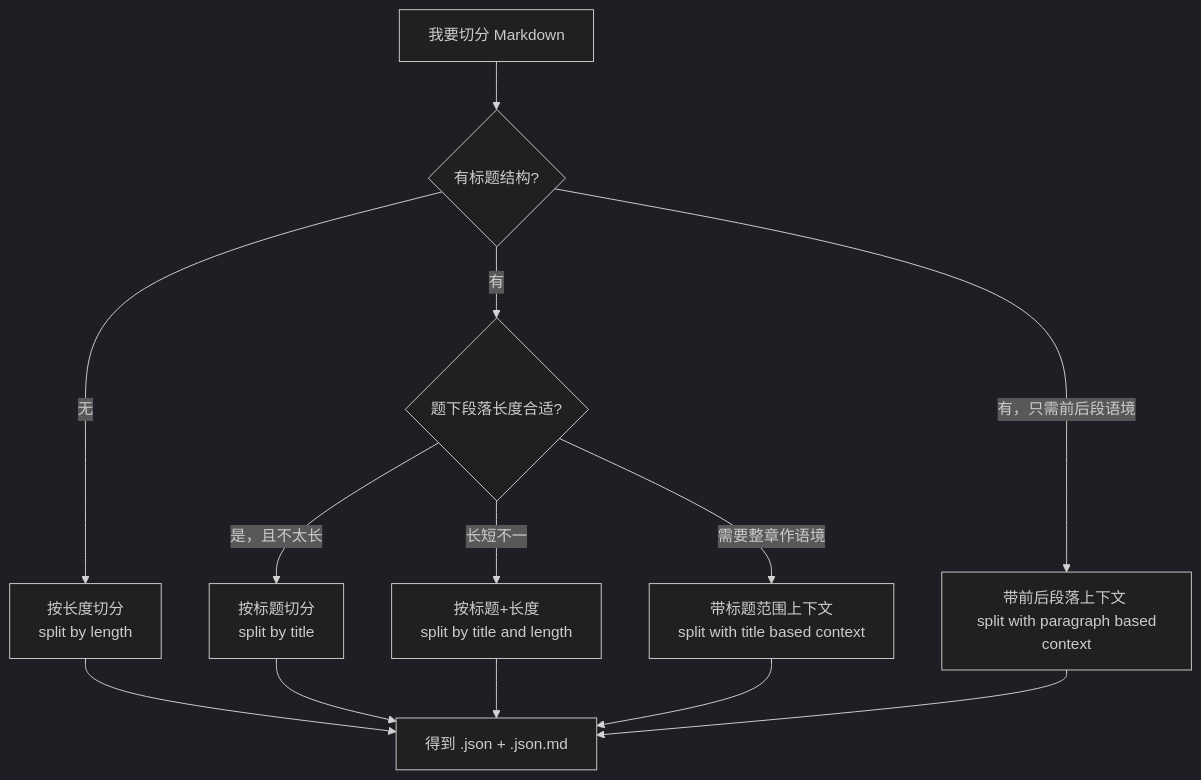
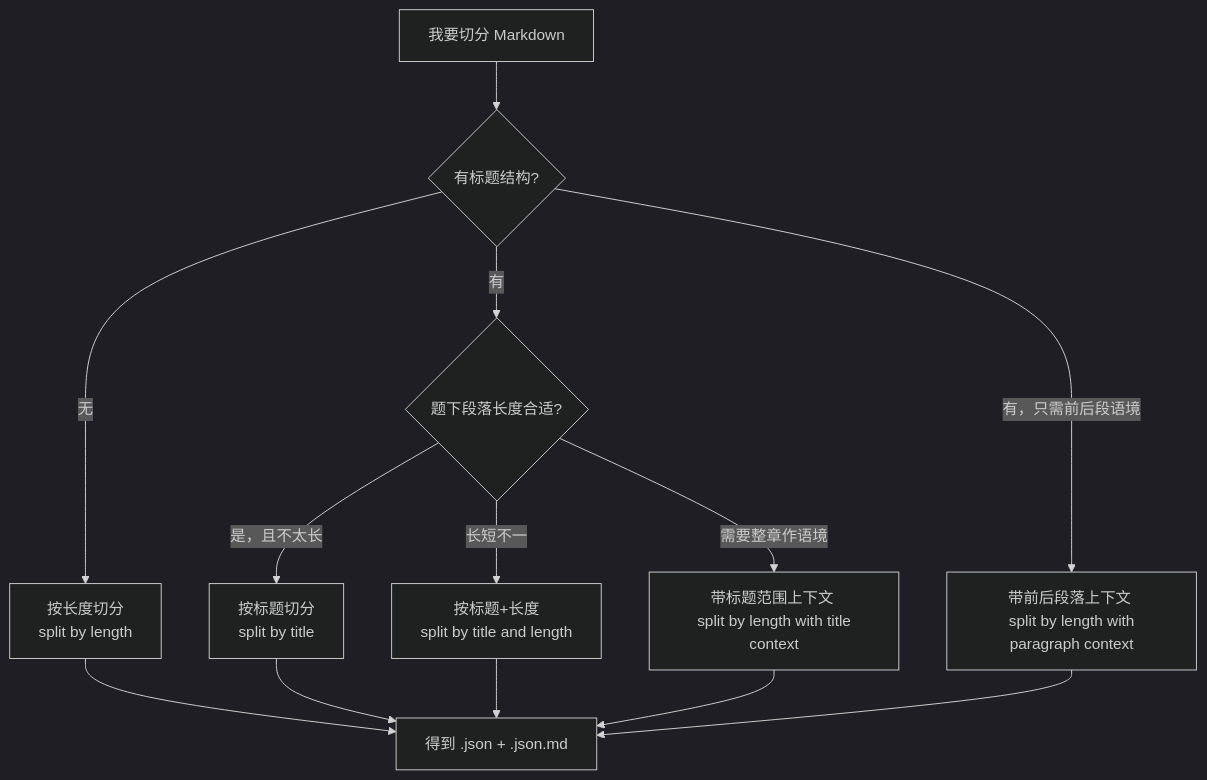
One commit to Fusyong/ai-proofread-vscode-extension changed the third of 5 diagrams in docs/commands-cheatsheet.md. Above: the diagram before and after it, drawn with Mermaid (dark theme). The commit also changed other lines of this file and 1 other file, not shown here.

````diff
--- a/docs/commands-cheatsheet.md
+++ b/docs/commands-cheatsheet.md
@@ -119,16 +119,16 @@
 ```mermaid
 flowchart TD
     Start[我要切分 Markdown] --> Q1{有标题结构?}
     Q1 -->|无| ByLen[按长度切分 <br> split by length]
     Q1 -->|有| Q2{题下段落长度合适?}
     Q2 -->|是，且不太长| ByTitle[按标题切分 <br> split by title]
     Q2 -->|长短不一| ByTitleLen[按标题+长度 <br> split by title and length]
-    Q2 -->|需要整章作语境| WithTitleCtx[带标题范围上下文 <br> split with title based context]
-    Q1 -->|有，只需前后段语境| WithParaCtx[带前后段落上下文 <br> split with paragraph based context]
+    Q2 -->|需要整章作语境| WithTitleCtx[带标题范围上下文 <br> split by length with title context]
+    Q1 -->|有，只需前后段语境| WithParaCtx[带前后段落上下文 <br> split by length with paragraph context]
 
     ByLen --> Out[得到 .json + .json.md]
     ByTitle --> Out
     ByTitleLen --> Out
     WithTitleCtx --> Out
     WithParaCtx --> Out
 ```
````
